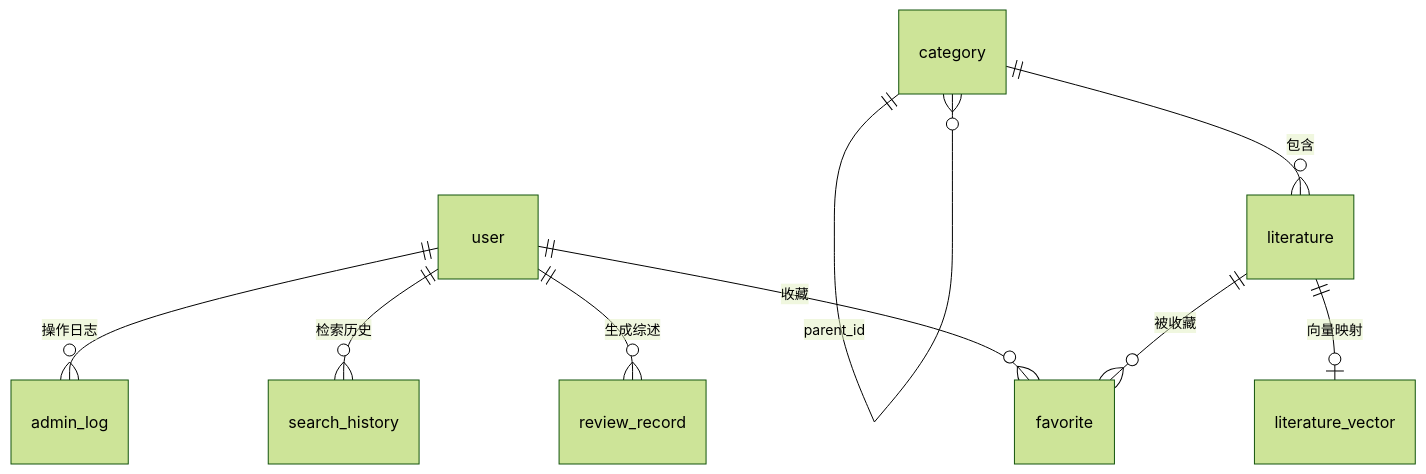
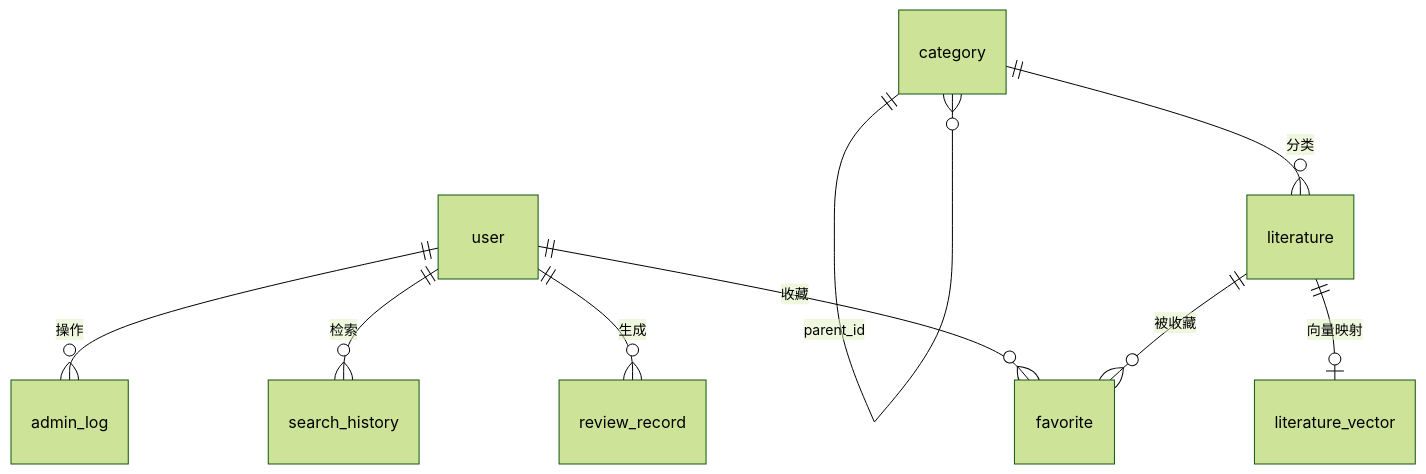
One commit to zsy94314-ctrl/campus-literature-system changed the diagram in docs/database-design.md. Above: the diagram before and after it, drawn with Mermaid (forest theme). The commit also changed other lines of this file and 12 other files, not shown here.

````diff
--- a/docs/database-design.md
+++ b/docs/database-design.md
@@ -40,11 +36,11 @@
 ```mermaid
 erDiagram
     user ||--o{ favorite : "收藏"
-    user ||--o{ review_record : "生成综述"
-    user ||--o{ search_history : "检索历史"
-    user ||--o{ admin_log : "操作日志"
     literature ||--o{ favorite : "被收藏"
-    category ||--o{ literature : "包含"
+    category ||--o{ literature : "分类"
     category ||--o{ category : "parent_id"
+    user ||--o{ review_record : "生成"
+    user ||--o{ search_history : "检索"
+    user ||--o{ admin_log : "操作"
     literature ||--o| literature_vector : "向量映射"
 ```
````
